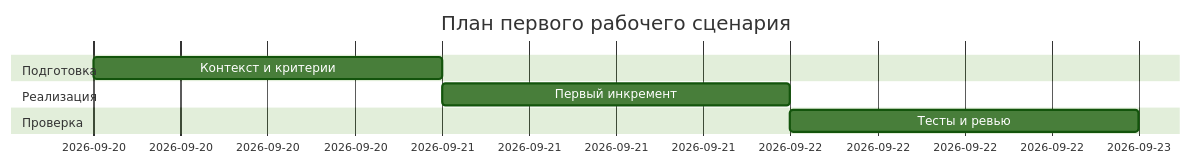
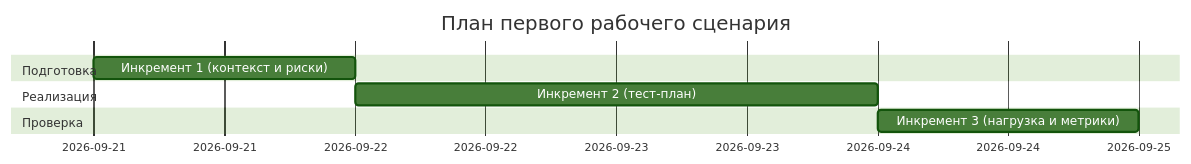
Before and after one commit to Prostochell1/ITMOv2: the diagram in practices/practice_01/project_management.md, drawn with Mermaid (forest theme). The commit also changed other lines of this file and 7 other files, not shown here.

````diff
--- a/practices/practice_01/project_management.md
+++ b/practices/practice_01/project_management.md
@@ -13,11 +13,11 @@
 ```mermaid
 gantt
     title План первого рабочего сценария
     dateFormat  YYYY-MM-DD
     section Подготовка
-    Контекст и критерии :a1, 2026-09-20, 1d
+    Инкремент 1 (контекст и риски) :a1, 2026-09-21, 1d
     section Реализация
-    Первый инкремент :after a1, 1d
+    Инкремент 2 (тест-план) :a2, 2026-09-22, 2d
     section Проверка
-    Тесты и ревью :1d
+    Инкремент 3 (нагрузка и метрики) :a3, 2026-09-24, 1d
 ```
````
